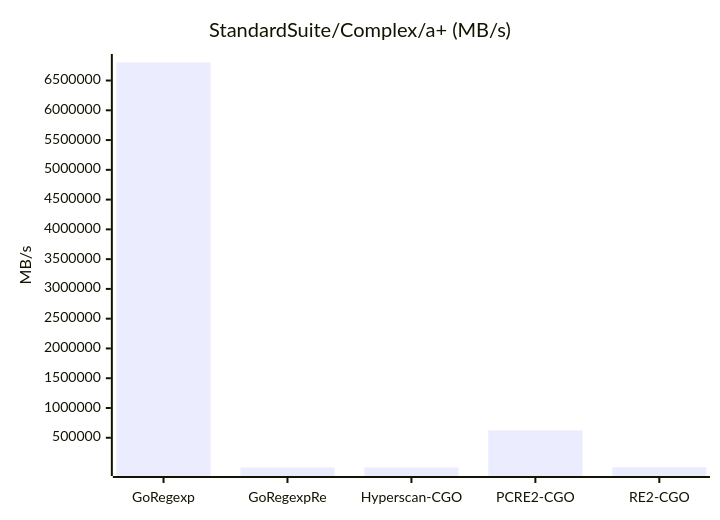
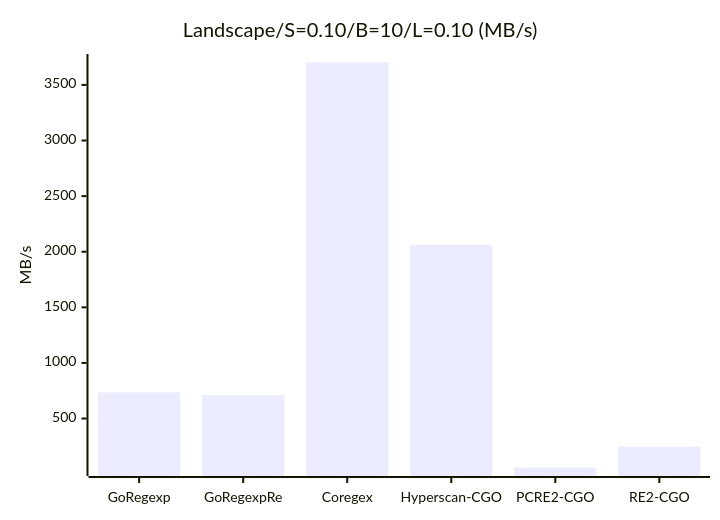
Before and after one commit to kamichidu/go-regexp-re: diagram 16 of 47 in _benchmark_results/cgo_engines.md, drawn with Mermaid. The commit also changed other lines of this file and 3 other files, not shown here.

````diff
--- a/_benchmark_results/cgo_engines.md
+++ b/_benchmark_results/cgo_engines.md
@@ -189,7 +241,7 @@
 ```mermaid
 xychart-beta
-    title "StandardSuite/Complex/a+ (MB/s)"
-    x-axis ["GoRegexp", "GoRegexpRe", "Hyperscan-CGO", "PCRE2-CGO", "RE2-CGO"]
+    title "Landscape/S=0.10/B=10/L=0.10 (MB/s)"
+    x-axis ["GoRegexp", "GoRegexpRe", "Coregex", "Hyperscan-CGO", "PCRE2-CGO", "RE2-CGO"]
     y-axis "MB/s"
-    bar [6802745.70, 508.24, 2092.60, 625292.56, 5690.99]
+    bar [735.25, 711.11, 3701.58, 2062.59, 59.64, 247.60]
 ```
````
